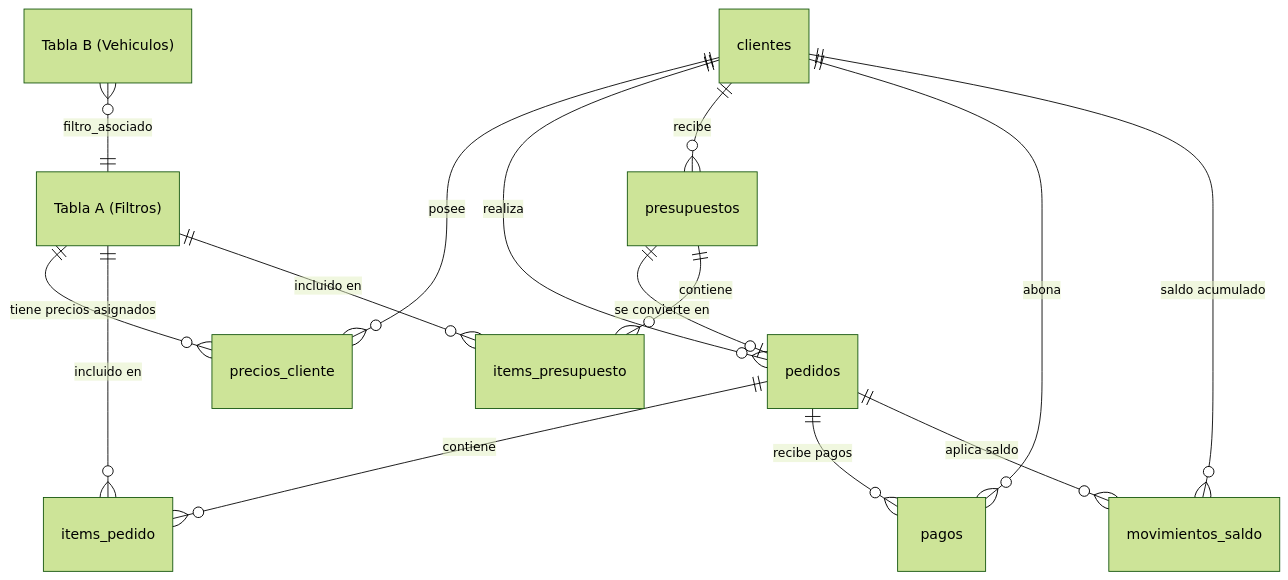
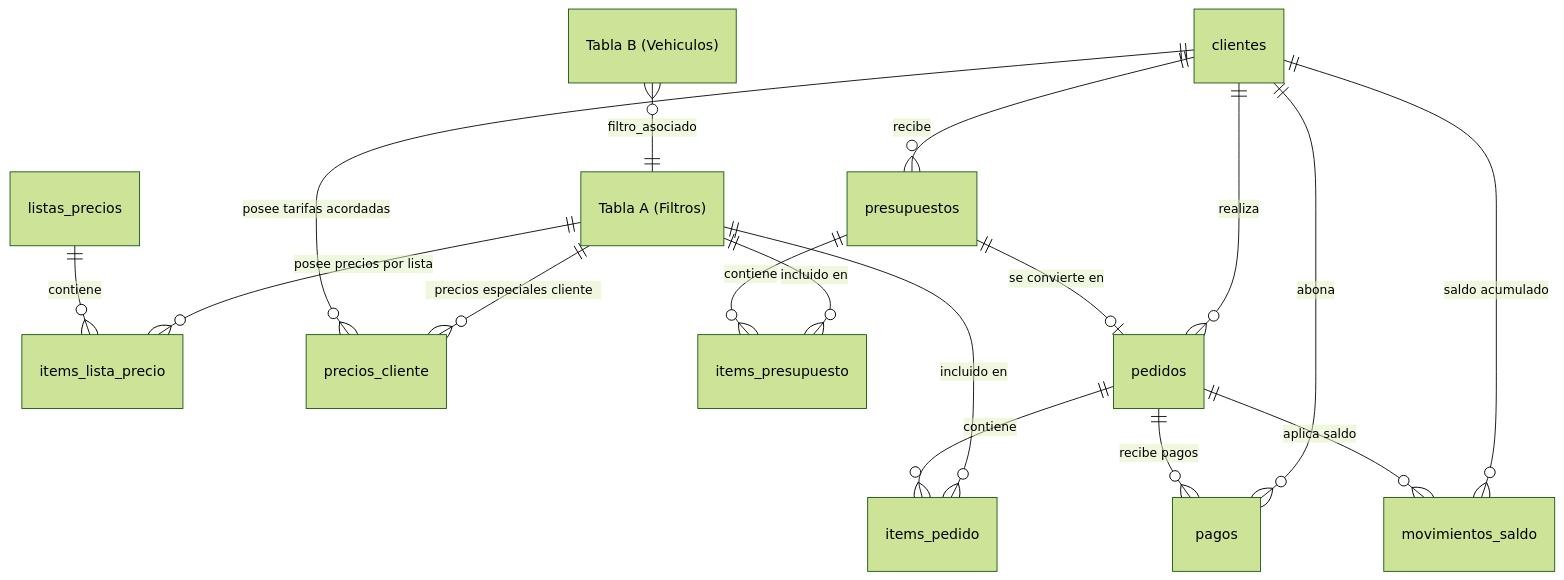
The diagram in DOCUMENTACION_SISTEMA.md (FtLukitas/fhl_filtros), drawn with Mermaid (forest theme) before and after one commit. The commit also changed other lines of this file and 9 other files, not shown here.

````diff
--- a/DOCUMENTACION_SISTEMA.md
+++ b/DOCUMENTACION_SISTEMA.md
@@ -31,19 +41,21 @@
 ```mermaid
 erDiagram
-    "Tabla A (Filtros)" ||--o{ "precios_cliente" : "tiene precios asignados"
+    "Tabla A (Filtros)" ||--o{ "items_lista_precio" : "posee precios por lista"
+    "Tabla A (Filtros)" ||--o{ "precios_cliente" : "precios especiales cliente"
     "Tabla A (Filtros)" ||--o{ "items_pedido" : "incluido en"
     "Tabla A (Filtros)" ||--o{ "items_presupuesto" : "incluido en"
     "Tabla B (Vehiculos)" }o--|| "Tabla A (Filtros)" : "filtro_asociado"
     
-    clientes ||--o{ "precios_cliente" : "posee"
+    listas_precios ||--o{ items_lista_precio : "contiene"
+    clientes ||--o{ "precios_cliente" : "posee tarifas acordadas"
     clientes ||--o{ pedidos : "realiza"
     clientes ||--o{ presupuestos : "recibe"
     clientes ||--o{ pagos : "abona"
     clientes ||--o{ movimientos_saldo : "saldo acumulado"
 
     presupuestos ||--o| pedidos : "se convierte en"
     presupuestos ||--o{ items_presupuesto : "contiene"
     pedidos ||--o{ items_pedido : "contiene"
     pedidos ||--o{ pagos : "recibe pagos"
     pedidos ||--o{ movimientos_saldo : "aplica saldo"
 ```
````
